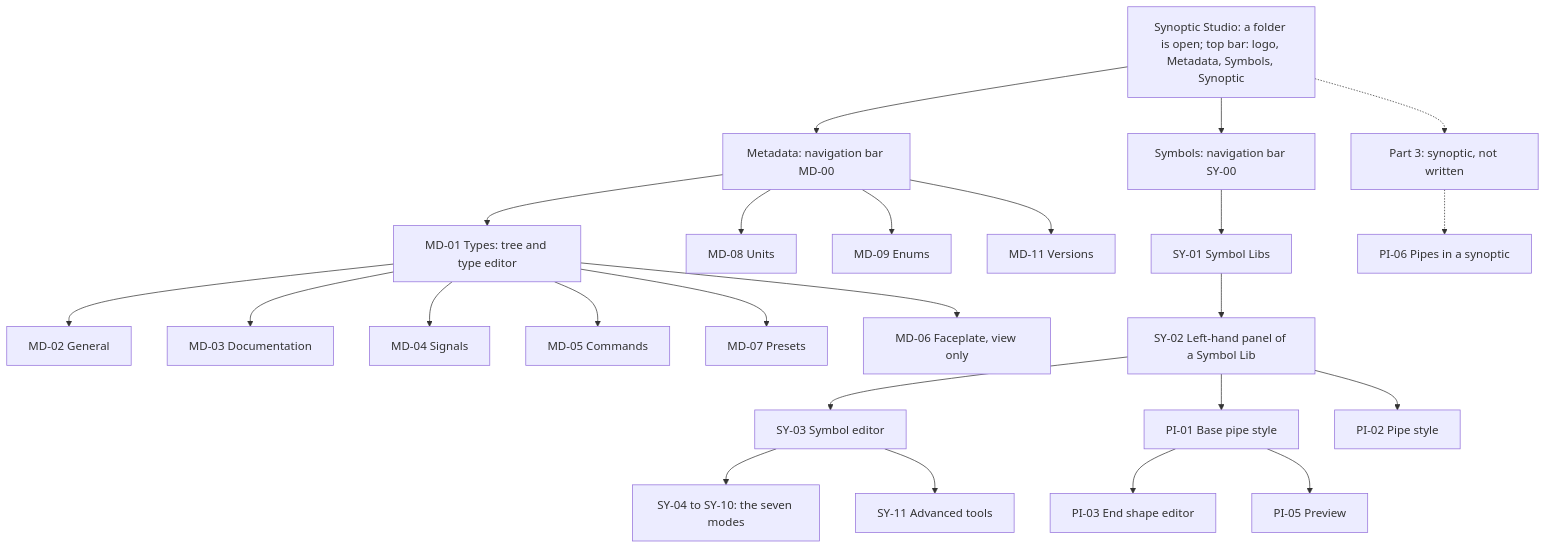
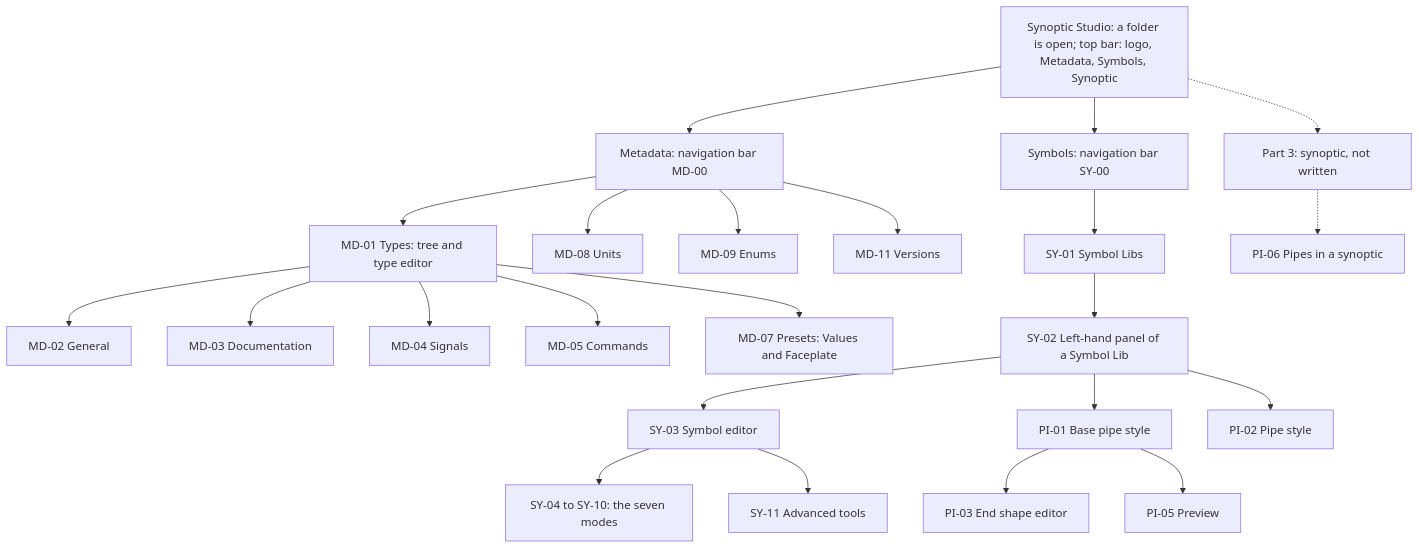
Before and after one commit to AlexandreGallais/synoptic-studio-spec: the sixth of 6 diagrams in screens/README.md, drawn with Mermaid. The commit also changed other lines of this file and 12 other files, not shown here.

````diff
--- a/screens/README.md
+++ b/screens/README.md
@@ -155,28 +180,27 @@
 ```mermaid
 flowchart TD
     APP["Synoptic Studio: a folder is open; top bar: logo, Metadata, Symbols, Synoptic"] --> MD["Metadata: navigation bar MD-00"]
     APP --> SY["Symbols: navigation bar SY-00"]
     APP -.-> P3["Part 3: synoptic, not written"]
 
     MD --> MD01["MD-01 Types: tree and type editor"]
     MD01 --> MD02["MD-02 General"]
     MD01 --> MD03["MD-03 Documentation"]
     MD01 --> MD04["MD-04 Signals"]
     MD01 --> MD05["MD-05 Commands"]
-    MD01 --> MD07["MD-07 Presets"]
-    MD01 --> MD06["MD-06 Faceplate, view only"]
+    MD01 --> MD07["MD-07 Presets: Values and Faceplate"]
     MD --> MD08["MD-08 Units"]
     MD --> MD09["MD-09 Enums"]
     MD --> MD11["MD-11 Versions"]
 
     SY --> SY01["SY-01 Symbol Libs"]
     SY01 --> SY02["SY-02 Left-hand panel of a Symbol Lib"]
     SY02 --> SY03["SY-03 Symbol editor"]
     SY03 --> SY04["SY-04 to SY-10: the seven modes"]
     SY03 --> SY11["SY-11 Advanced tools"]
     SY02 --> PI01["PI-01 Base pipe style"]
     SY02 --> PI02["PI-02 Pipe style"]
     PI01 --> PI03["PI-03 End shape editor"]
     PI01 --> PI05["PI-05 Preview"]
     P3 -.-> PI06["PI-06 Pipes in a synoptic"]
 ```
````
